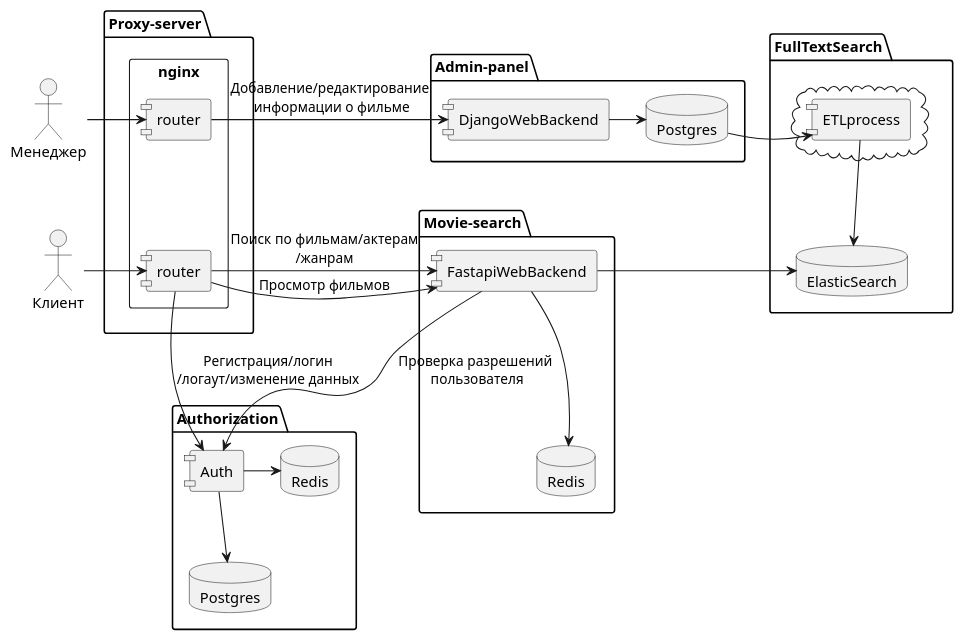
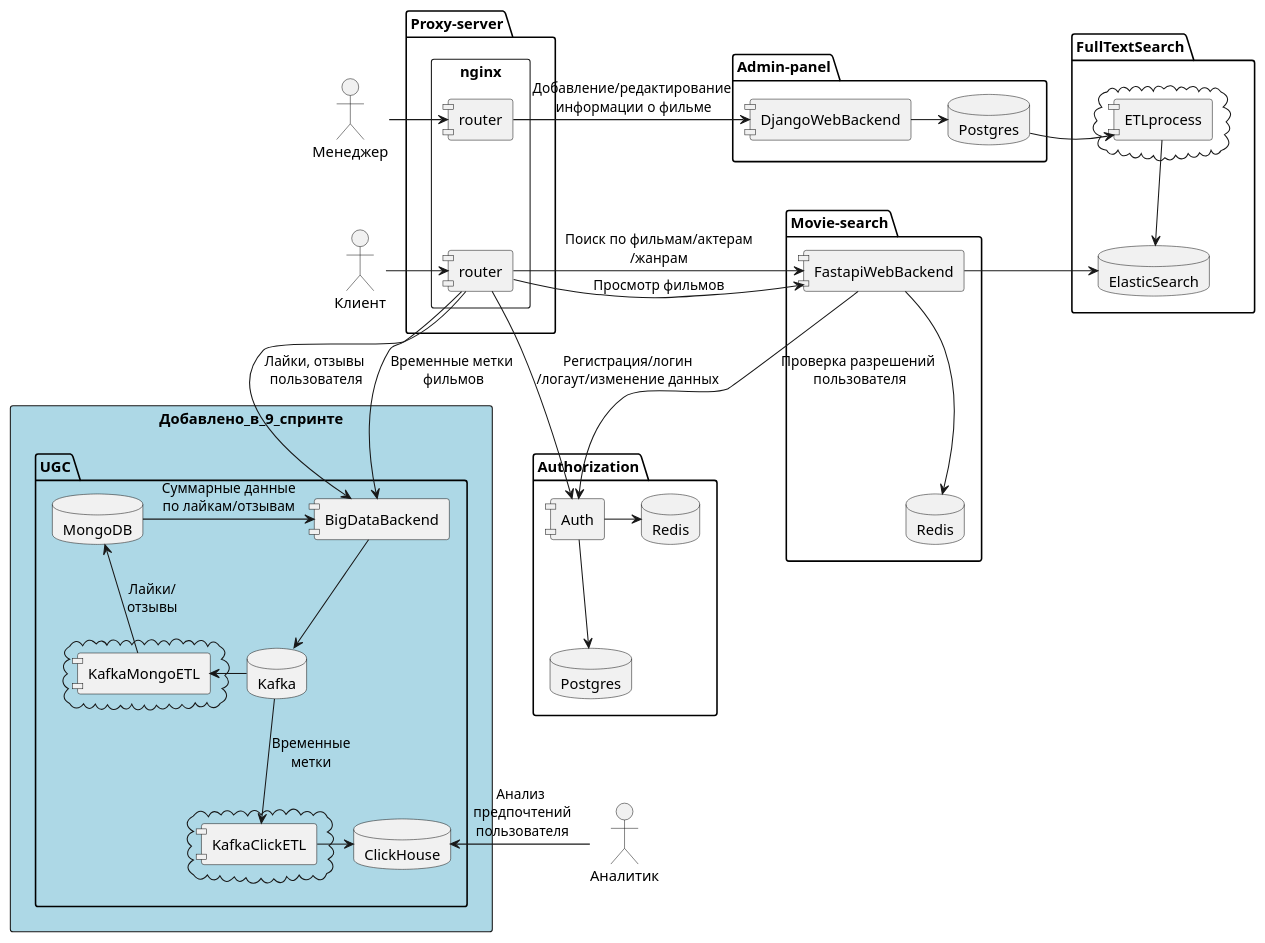
Before and after one commit to AlexanderNkn/ugc_sprint_2: the diagram in docs/architecture/architecture_as_is.puml, drawn with PlantUML. The commit also changed 6 other files, not shown here.

Commit message:
added description for kafka mongo etl service

```diff
--- a/docs/architecture/architecture_as_is.puml
+++ b/docs/architecture/architecture_as_is.puml
@@ -1,54 +1,79 @@
-"@startuml Current architecture"
+"@startuml Planning architecture"
 skinparam componentStyle uml1
 
 actor Менеджер as Manager
 actor Клиент as Client
+actor Аналитик as BI
 
 package Authorization {
     component Auth
     database Redis as redis2
     database Postgres as postgres2
 }
 
 package Proxy-server {
     rectangle nginx {
         component router as router1
         component router as router2
     }
 }
 
 package Admin-panel {
     component DjangoWebBackend as django
     database Postgres as postgres1
 }
 
 package FullTextSearch {
     cloud {
         component ETLprocess as etl
     }
     database ElasticSearch
 }
 
 package Movie-search {
     component FastapiWebBackend as fastapi
     database Redis as redis1
 }
 
+rectangle Добавлено_в_9_спринте #LightBlue{
+    package UGC {
+        component BigDataBackend as bigdata
+        database Kafka
+        database ClickHouse as click
+        database MongoDB as mongo
+        cloud {
+            component KafkaClickETL as etl2
+        }
+        cloud {
+            component KafkaMongoETL as etl3
+        }
+    }
+}
+
 Manager -[hidden]-> Client
 router1 -[hidden]-> router2
 fastapi -d-> Auth: Проверка разрешений\n пользователя
 Manager -> router1
 Client -l-> router2
 router1 -> django: Добавление/редактирование\n информации о фильме
 django -> postgres1
 postgres1 -r-> etl
 etl -d-> ElasticSearch
 router2 -l-> fastapi: Поиск по фильмам/актерам\n/жанрам
 router2 -l-> fastapi: Просмотр фильмов
 fastapi --> redis1
 fastapi -> ElasticSearch
 router2 -> Auth: Регистрация/логин\n/логаут/изменение данных
 Auth -d-> postgres2
 Auth -> redis2
+router2 -d-> bigdata: Временные метки\n фильмов
+router2 -d-> bigdata: Лайки, отзывы\n пользователя
+bigdata -d-> Kafka
+Kafka -d-> etl2: Временные\nметки
+etl2 -> click
+BI -> click: Анализ\n предпочтений\n пользователя
+Kafka -> etl3
+etl3 -u-> mongo: Лайки/\nотзывы
+mongo -> bigdata: Суммарные данные\nпо лайкам/отзывам
 
 @enduml 
```
